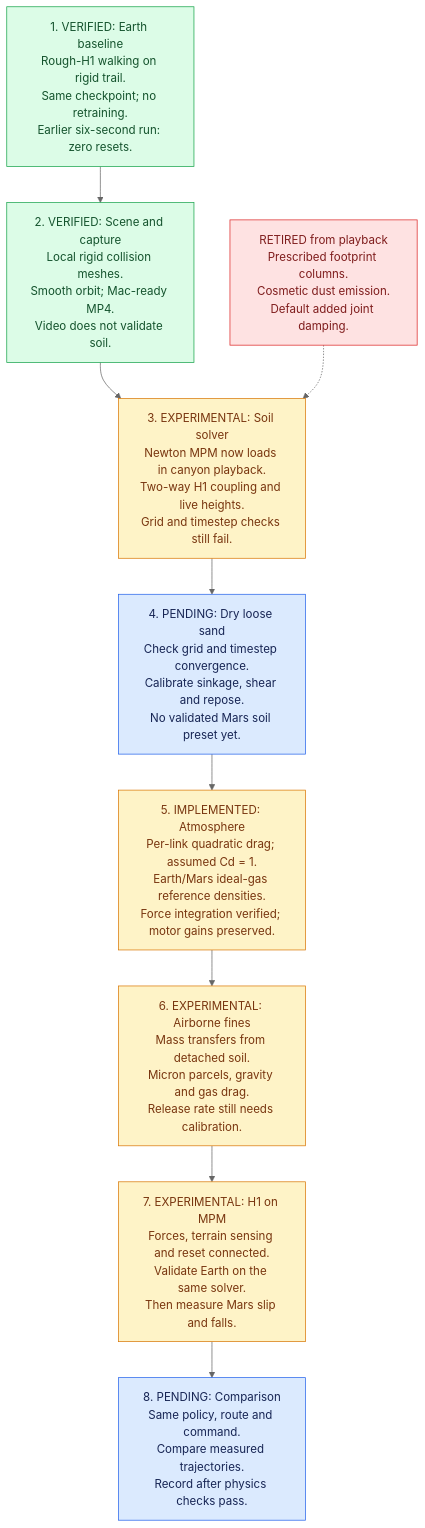
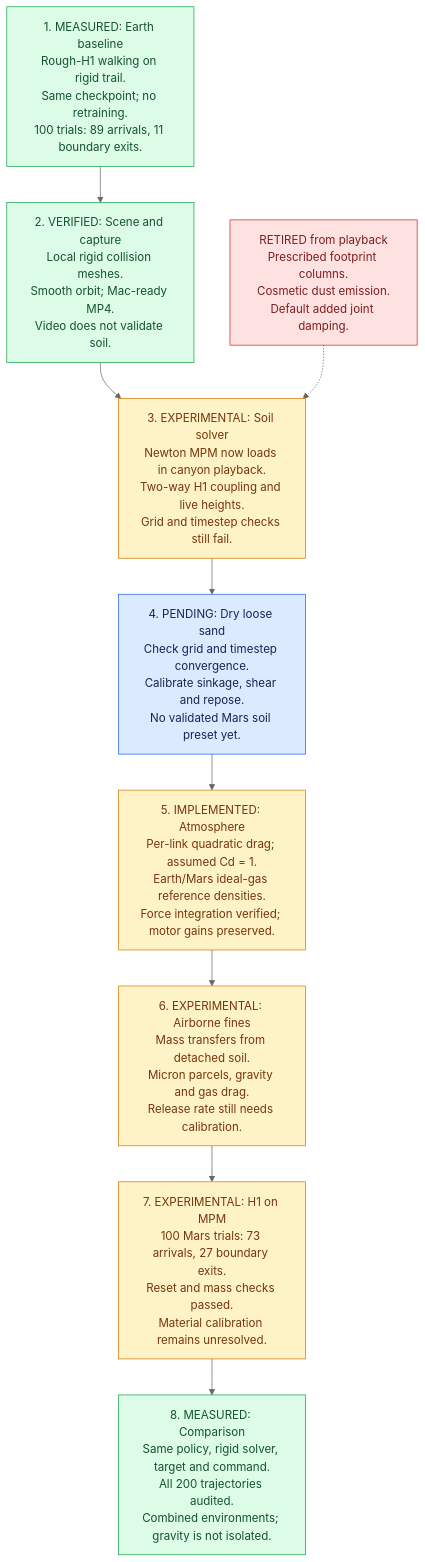
One commit to eddie-wq07/Mars-Project changed the third of 3 diagrams in README.md. Above: the diagram before and after it, drawn with Mermaid (neutral theme). The commit also changed other lines of this file and 17 other files, not shown here.

````diff
--- a/README.md
+++ b/README.md
@@ -126,24 +125,24 @@
 ```mermaid
 flowchart TD
-    earth["1. VERIFIED: Earth baseline<br/>Rough-H1 walking on rigid trail.<br/>Same checkpoint; no retraining.<br/>Earlier six-second run: zero resets."]
+    earth["1. MEASURED: Earth baseline<br/>Rough-H1 walking on rigid trail.<br/>Same checkpoint; no retraining.<br/>100 trials: 89 arrivals, 11 boundary exits."]
     capture["2. VERIFIED: Scene and capture<br/>Local rigid collision meshes.<br/>Smooth orbit; Mac-ready MP4.<br/>Video does not validate soil."]
     solver["3. EXPERIMENTAL: Soil solver<br/>Newton MPM now loads in canyon playback.<br/>Two-way H1 coupling and live heights.<br/>Grid and timestep checks still fail."]
     calibration["4. PENDING: Dry loose sand<br/>Check grid and timestep convergence.<br/>Calibrate sinkage, shear and repose.<br/>No validated Mars soil preset yet."]
     air["5. IMPLEMENTED: Atmosphere<br/>Per-link quadratic drag; assumed Cd = 1.<br/>Earth/Mars ideal-gas reference densities.<br/>Force integration verified; motor gains preserved."]
     grains["6. EXPERIMENTAL: Airborne fines<br/>Mass transfers from detached soil.<br/>Micron parcels, gravity and gas drag.<br/>Release rate still needs calibration."]
-    test["7. EXPERIMENTAL: H1 on MPM<br/>Forces, terrain sensing and reset connected.<br/>Validate Earth on the same solver.<br/>Then measure Mars slip and falls."]
-    compare["8. PENDING: Comparison<br/>Same policy, route and command.<br/>Compare measured trajectories.<br/>Record after physics checks pass."]
+    test["7. EXPERIMENTAL: H1 on MPM<br/>100 Mars trials: 73 arrivals, 27 boundary exits.<br/>Reset and mass checks passed.<br/>Material calibration remains unresolved."]
+    compare["8. MEASURED: Comparison<br/>Same policy, rigid solver, target and command.<br/>All 200 trajectories audited.<br/>Combined environments; gravity is not isolated."]
     retired["RETIRED from playback<br/>Prescribed footprint columns.<br/>Cosmetic dust emission.<br/>Default added joint damping."]
 
     earth --> capture --> solver --> calibration --> air --> grains --> test --> compare
     retired -.-> solver
 
     classDef verified fill:#dcfce7,stroke:#16a34a,color:#14532d;
     classDef experimental fill:#fef3c7,stroke:#d97706,color:#78350f;
     classDef pending fill:#dbeafe,stroke:#2563eb,color:#172554;
     classDef retired fill:#fee2e2,stroke:#dc2626,color:#7f1d1d;
-    class earth,capture verified;
+    class earth,capture,compare verified;
     class solver,air,grains,test experimental;
-    class calibration,compare pending;
+    class calibration pending;
     class retired retired;
 ```
````
